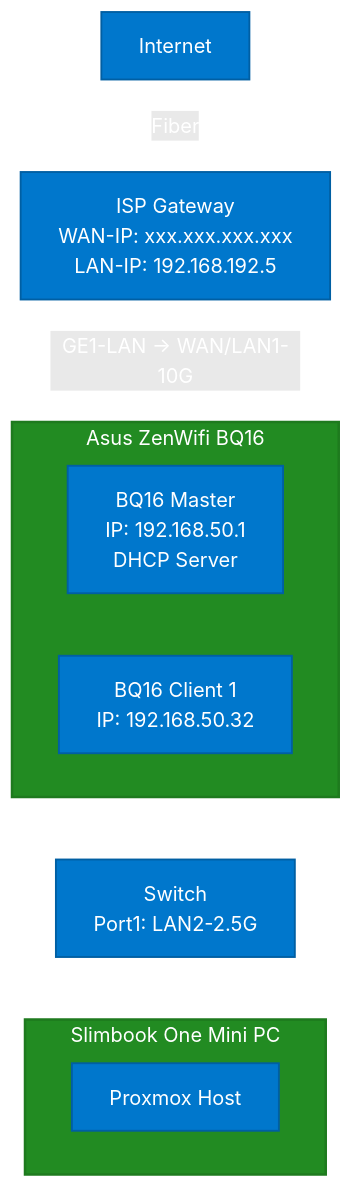
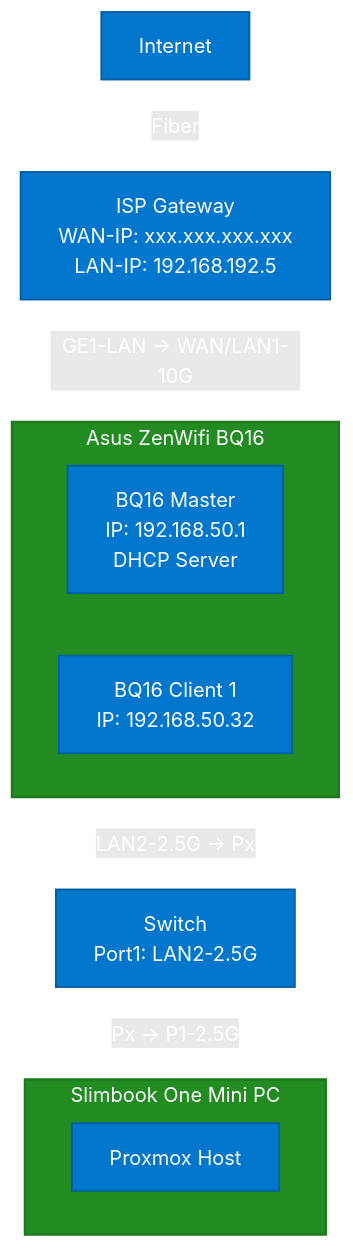
One commit to lukkeutgens/Homelab changed the diagram in Research/architecture.md. Above: the diagram before and after it, drawn with Mermaid.

````diff
--- a/Research/architecture.md
+++ b/Research/architecture.md
@@ -4,34 +4,34 @@
 ```mermaid
 flowchart TD
     A[Internet] <-->|Fiber| B[ISP Gateway<br/>WAN-IP: xxx.xxx.xxx.xxx<br/>LAN-IP: 192.168.192.5]
     B <-->|GE1-LAN → WAN/LAN1-10G| ZW
 
     %% ZenWifi groep met horizontale layout
     subgraph ZW [Asus ZenWifi BQ16]
         direction LR
         C[BQ16 Master<br/>IP: 192.168.50.1<br/>DHCP Server]
         D[BQ16 Client 1<br/>IP: 192.168.50.32]
     end
 
     %% Switch onder Master
-    C --> S[Switch<br/>Port1: LAN2-2.5G]
-    S --> SLIM[Mini PC: Slimbook One<br/>IP: 192.168.50.x<br/>OS: Proxmox]
+    C <-->|LAN2-2.5G -> Px| S[Switch<br/>Port1: LAN2-2.5G]
+    S <-->|Px -> P1-2.5G| SLIM[Mini PC: Slimbook One<br/>IP: 192.168.50.x<br/>OS: Proxmox]
 
     %% Slimbook groep
     subgraph SLIM [Slimbook One Mini PC]
         P[Proxmox Host]
         %% Hier komen later de VM's
     end
 
     %% Styling
     style A fill:#0077cc,color:#ffffff,stroke:#005fa3,stroke-width:1.5px
     style B fill:#0077cc,color:#ffffff,stroke:#005fa3,stroke-width:1.5px
     style C fill:#0077cc,color:#ffffff,stroke:#005fa3,stroke-width:1.5px
     style D fill:#0077cc,color:#ffffff,stroke:#005fa3,stroke-width:1.5px
     style S fill:#0077cc,color:#ffffff,stroke:#005fa3,stroke-width:1.5px
     style SLIM fill:#228b22,color:#ffffff,stroke:#1e7a1e,stroke-width:2px
     style ZW fill:#228b22,color:#ffffff,stroke:#1e7a1e,stroke-width:2px
     style P fill:#0077cc,color:#ffffff,stroke:#005fa3,stroke-width:1.5px
 
     linkStyle default stroke:#ffffff,stroke-width:1.5px,color:#ffffff
 ```
````
